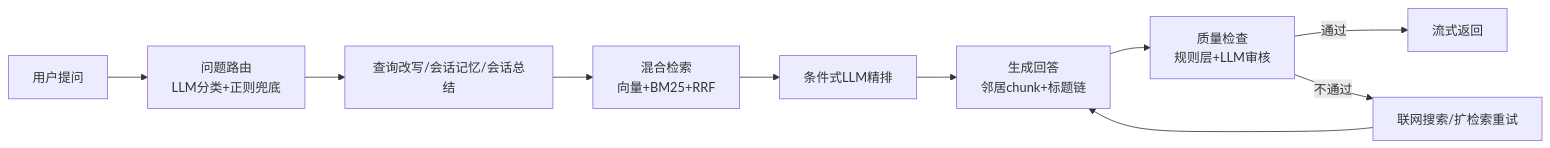
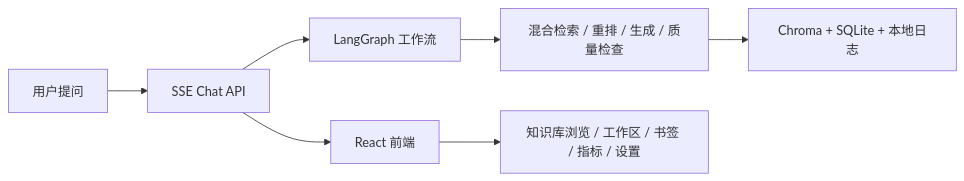
One commit to wswhhhc/KnowBase changed the diagram in README.md. Above: the diagram before and after it, drawn with Mermaid. The commit also changed other lines of this file and 13 other files, not shown here.

````diff
--- a/README.md
+++ b/README.md
@@ -185,12 +133,9 @@
 ```mermaid
 flowchart LR
-    A["用户提问"] --> B["问题路由<br/>LLM分类+正则兜底"]
-    B --> C["查询改写/会话记忆/会话总结"]
-    C --> D["混合检索<br/>向量+BM25+RRF"]
-    D --> E["条件式LLM精排"]
-    E --> F["生成回答<br/>邻居chunk+标题链"]
-    F --> G["质量检查<br/>规则层+LLM审核"]
-    G -->|通过| H["流式返回"]
-    G -->|不通过| I["联网搜索/扩检索重试"]
-    I --> F
+    A["用户提问"] --> B["SSE Chat API"]
+    B --> C["LangGraph 工作流"]
+    C --> D["混合检索 / 重排 / 生成 / 质量检查"]
+    D --> E["Chroma + SQLite + 本地日志"]
+    B --> F["React 前端"]
+    F --> G["知识库浏览 / 工作区 / 书签 / 指标 / 设置"]
 ```
````
